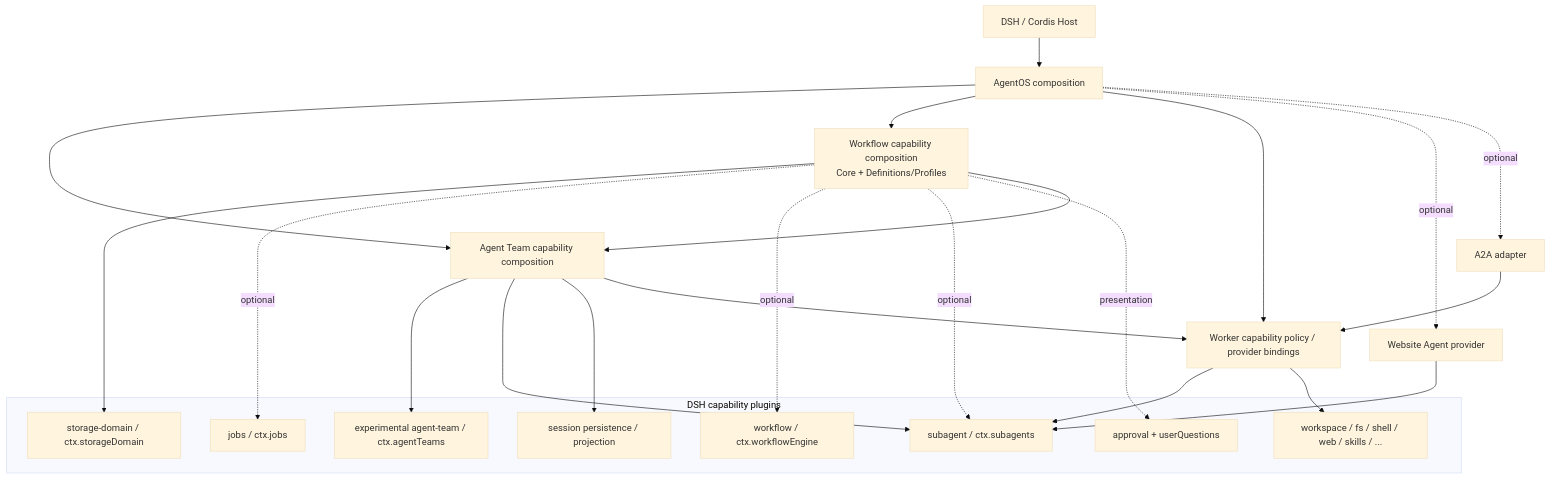
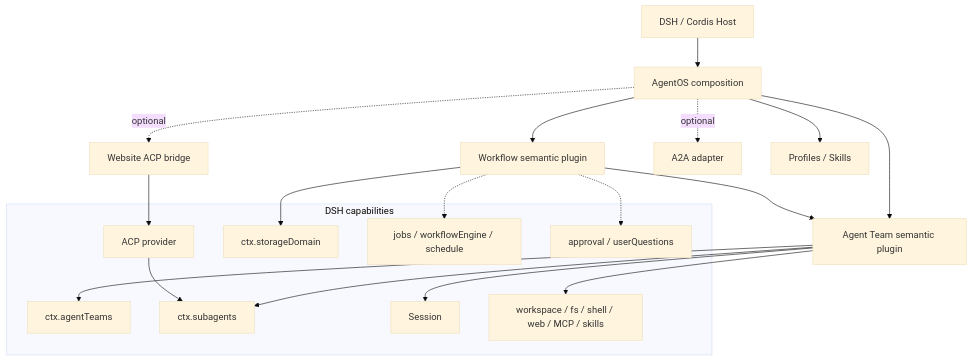
Before and after one commit to tsuuanmi/AgentOS: the diagram in docs/architecture/plugins/agentos/README.md, drawn with Mermaid (base theme). The commit also changed other lines of this file, not shown here.

Commit message:
docs: simplify AgentOS composition around logical plugins

```diff
--- a/docs/architecture/plugins/agentos/README.md
+++ b/docs/architecture/plugins/agentos/README.md
@@ -13,46 +13,40 @@
 ~~~mermaid
 flowchart TB
     Host[DSH / Cordis Host]
     AgentOS[AgentOS composition]
 
-    Team[Agent Team capability composition]
-    Workflow[Workflow capability composition\nCore + Definitions/Profiles]
-    Worker[Worker capability policy / provider bindings]
-    Website[Website Agent provider]
+    Team[Agent Team semantic plugin]
+    Workflow[Workflow semantic plugin]
+    Website[Website ACP bridge]
     A2A[A2A adapter]
+    Profiles[Profiles / Skills]
 
     Host --> AgentOS
     AgentOS --> Team
     AgentOS --> Workflow
-    AgentOS --> Worker
     AgentOS -. optional .-> Website
     AgentOS -. optional .-> A2A
+    AgentOS --> Profiles
 
-    subgraph DSH["DSH capability plugins"]
-        AT[experimental agent-team / ctx.agentTeams]
-        Sub[subagent / ctx.subagents]
-        Store[storage-domain / ctx.storageDomain]
-        Jobs[jobs / ctx.jobs]
-        Wf[workflow / ctx.workflowEngine]
-        Int[approval + userQuestions]
-        Session[session persistence / projection]
-        Tools[workspace / fs / shell / web / skills / ...]
+    subgraph DSH["DSH capabilities"]
+        AT[ctx.agentTeams]
+        Sub[ctx.subagents]
+        ACP[ACP provider]
+        Store[ctx.storageDomain]
+        Runtime[jobs / workflowEngine / schedule]
+        Int[approval / userQuestions]
+        Session[Session]
+        Tools[workspace / fs / shell / web / MCP / skills]
     end
 
     Team --> AT
     Team --> Sub
+    Website --> ACP
+    ACP --> Sub
+    Workflow --> Store
+    Workflow --> Team
+    Workflow -.-> Runtime
+    Workflow -.-> Int
     Team --> Session
-    Team --> Worker
-
-    Workflow --> Store
-    Workflow -. optional .-> Jobs
-    Workflow -. optional .-> Wf
-    Workflow -. optional .-> Sub
-    Workflow -. presentation .-> Int
-    Workflow --> Team
-
-    Worker --> Sub
-    Worker --> Tools
-    Website --> Sub
-    A2A --> Worker
+    Team --> Tools
 ~~~
```
